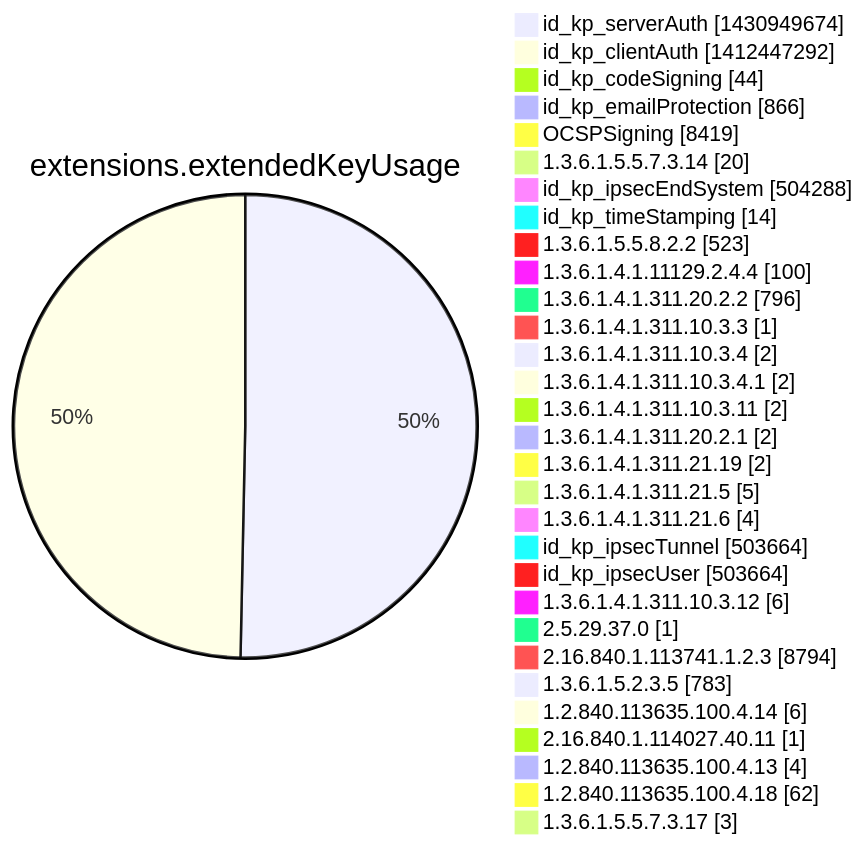
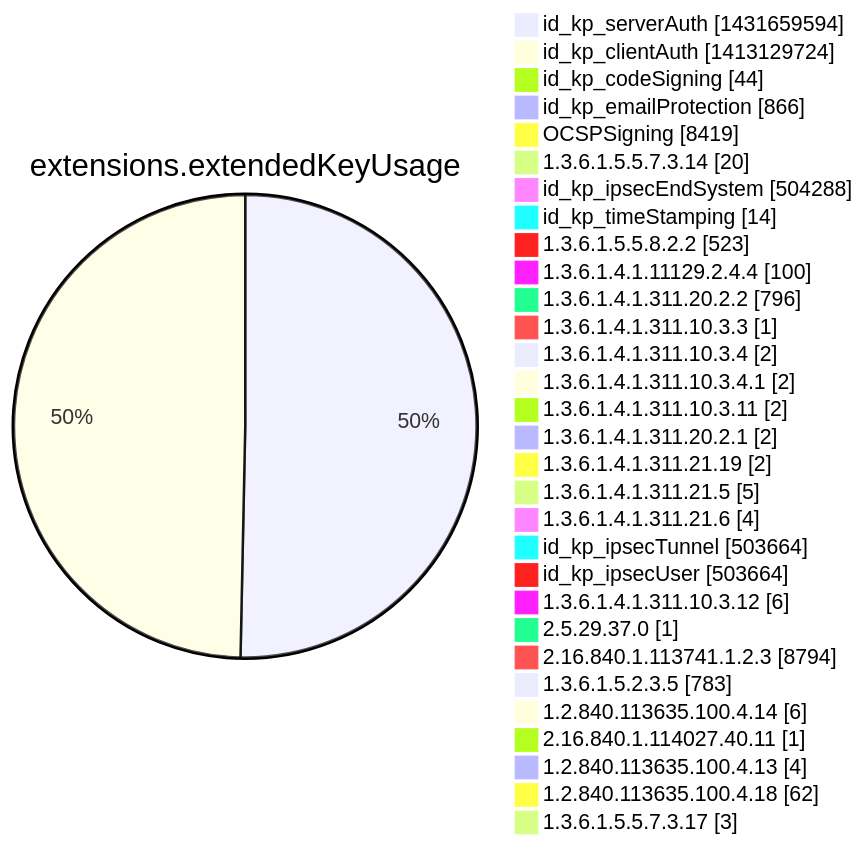
Diagram 12 of 15 in argon2022/README.md (christiankrug/ctmonitor_visualization), drawn with Mermaid before and after one commit. The commit also changed other lines of this file, not shown here.

````diff
--- a/argon2022/README.md
+++ b/argon2022/README.md
@@ -3555,34 +3555,34 @@
 ```mermaid
 pie showData
 title extensions.extendedKeyUsage
-"id_kp_serverAuth" :1430949674
-"id_kp_clientAuth" :1412447292
+"id_kp_serverAuth" :1431659594
+"id_kp_clientAuth" :1413129724
 "id_kp_codeSigning" :44
 "id_kp_emailProtection" :866
 "OCSPSigning" :8419
 "1.3.6.1.5.5.7.3.14" :20
 "id_kp_ipsecEndSystem" :504288
 "id_kp_timeStamping" :14
 "1.3.6.1.5.5.8.2.2" :523
 "1.3.6.1.4.1.11129.2.4.4" :100
 "1.3.6.1.4.1.311.20.2.2" :796
 "1.3.6.1.4.1.311.10.3.3" :1
 "1.3.6.1.4.1.311.10.3.4" :2
 "1.3.6.1.4.1.311.10.3.4.1" :2
 "1.3.6.1.4.1.311.10.3.11" :2
 "1.3.6.1.4.1.311.20.2.1" :2
 "1.3.6.1.4.1.311.21.19" :2
 "1.3.6.1.4.1.311.21.5" :5
 "1.3.6.1.4.1.311.21.6" :4
 "id_kp_ipsecTunnel" :503664
 "id_kp_ipsecUser" :503664
 "1.3.6.1.4.1.311.10.3.12" :6
 "2.5.29.37.0" :1
 "2.16.840.1.113741.1.2.3" :8794
 "1.3.6.1.5.2.3.5" :783
 "1.2.840.113635.100.4.14" :6
 "2.16.840.1.114027.40.11" :1
 "1.2.840.113635.100.4.13" :4
 "1.2.840.113635.100.4.18" :62
 "1.3.6.1.5.5.7.3.17" :3
 ```
````
